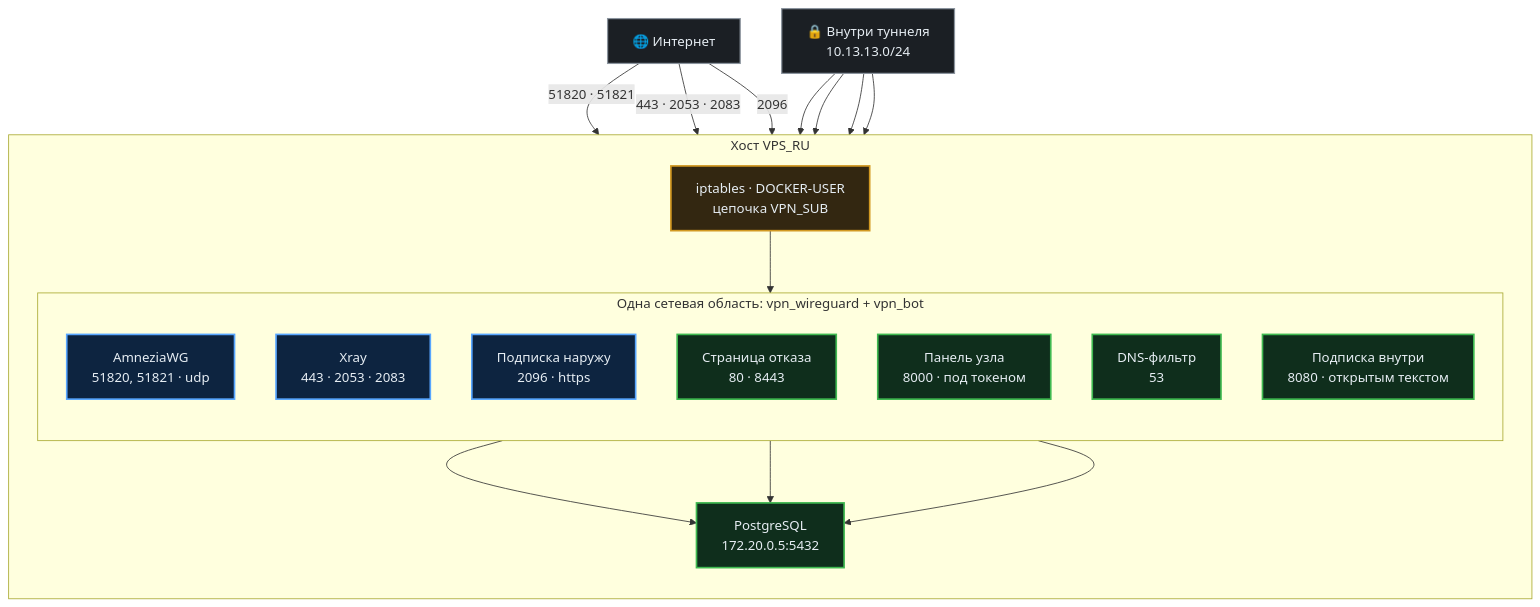
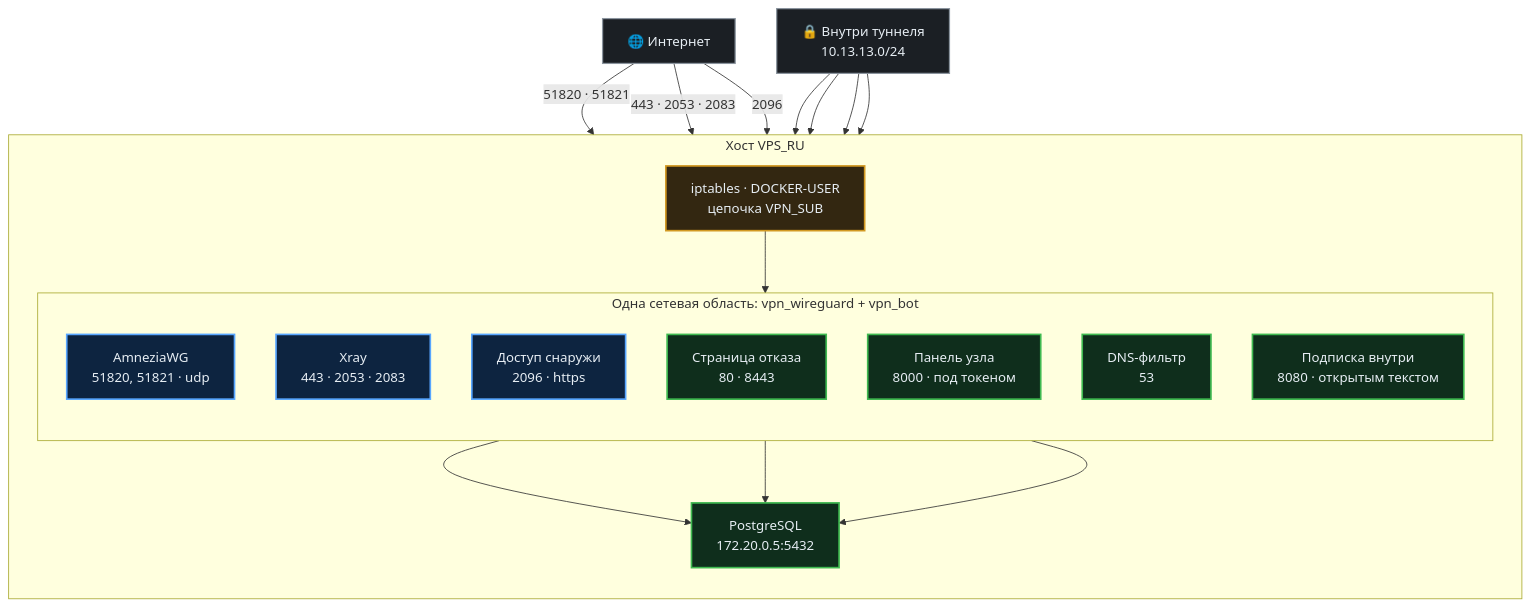
Before and after one commit to AnDyQnn/vpn_awg_2_VPS_pub: the first of 4 diagrams in docs/ports.md, drawn with Mermaid. The commit also changed other lines of this file and 25 other files, not shown here.

````diff
--- a/docs/ports.md
+++ b/docs/ports.md
@@ -59,44 +59,44 @@
 ```mermaid
 flowchart TB
     NET["🌐 Интернет"]
 
     subgraph HOST["Хост VPS_RU"]
         direction TB
         subgraph NS["Одна сетевая область: vpn_wireguard + vpn_bot"]
             direction TB
             AWG["AmneziaWG<br/>51820, 51821 · udp"]
             XRAY["Xray<br/>443 · 2053 · 2083"]
-            SUBOUT["Подписка наружу<br/>2096 · https"]
+            SUBOUT["Доступ снаружи<br/>2096 · https"]
             PAGE["Страница отказа<br/>80 · 8443"]
             API["Панель узла<br/>8000 · под токеном"]
             DNSF["DNS-фильтр<br/>53"]
             SUBIN["Подписка внутри<br/>8080 · открытым текстом"]
         end
         DB["PostgreSQL<br/>172.20.0.5:5432"]
         FW["iptables · DOCKER-USER<br/>цепочка VPN_SUB"]
     end
 
     TUN["🔒 Внутри туннеля<br/>10.13.13.0/24"]
 
     NET -->|"51820 · 51821"| AWG
     NET -->|"443 · 2053 · 2083"| XRAY
     NET -->|"2096"| FW
     FW --> SUBOUT
     TUN --> PAGE
     TUN --> API
     TUN --> DNSF
     TUN --> SUBIN
     API --> DB
     SUBIN --> DB
     SUBOUT --> DB
 
     classDef pub  fill:#0d2440,stroke:#58a6ff,stroke-width:2px,color:#e6edf3
     classDef priv fill:#0f2e1c,stroke:#3fb950,stroke-width:2px,color:#e6edf3
     classDef guard fill:#332711,stroke:#d29922,stroke-width:2px,color:#e6edf3
     classDef out  fill:#1b1f24,stroke:#8b949e,stroke-width:1.5px,color:#e6edf3
 
     class AWG,XRAY,SUBOUT pub
     class PAGE,API,DNSF,SUBIN,DB priv
     class FW guard
     class NET,TUN out
 ```
````
